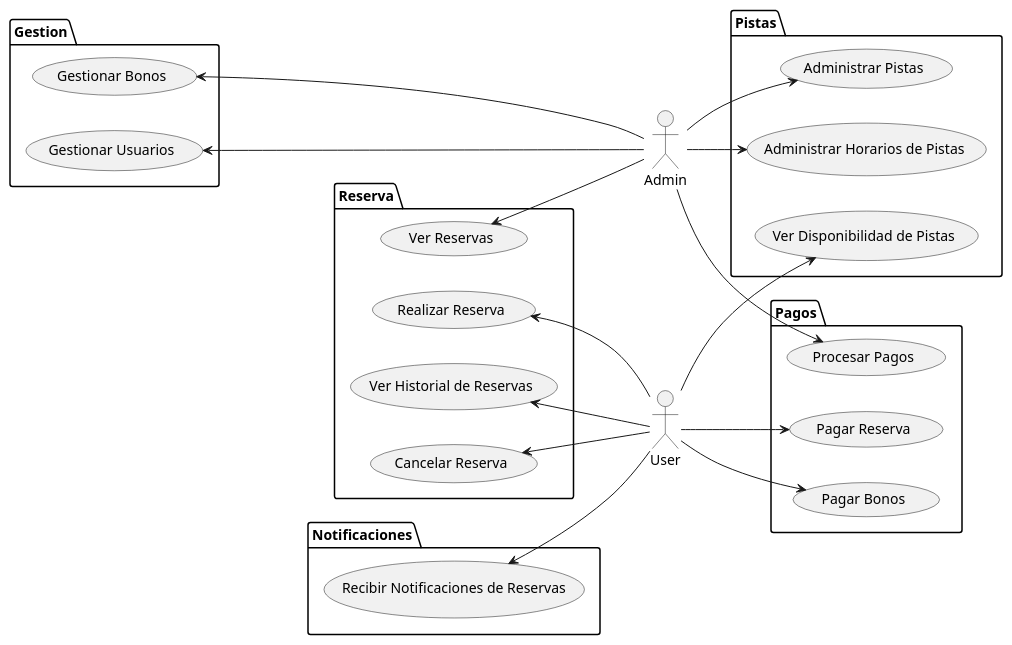
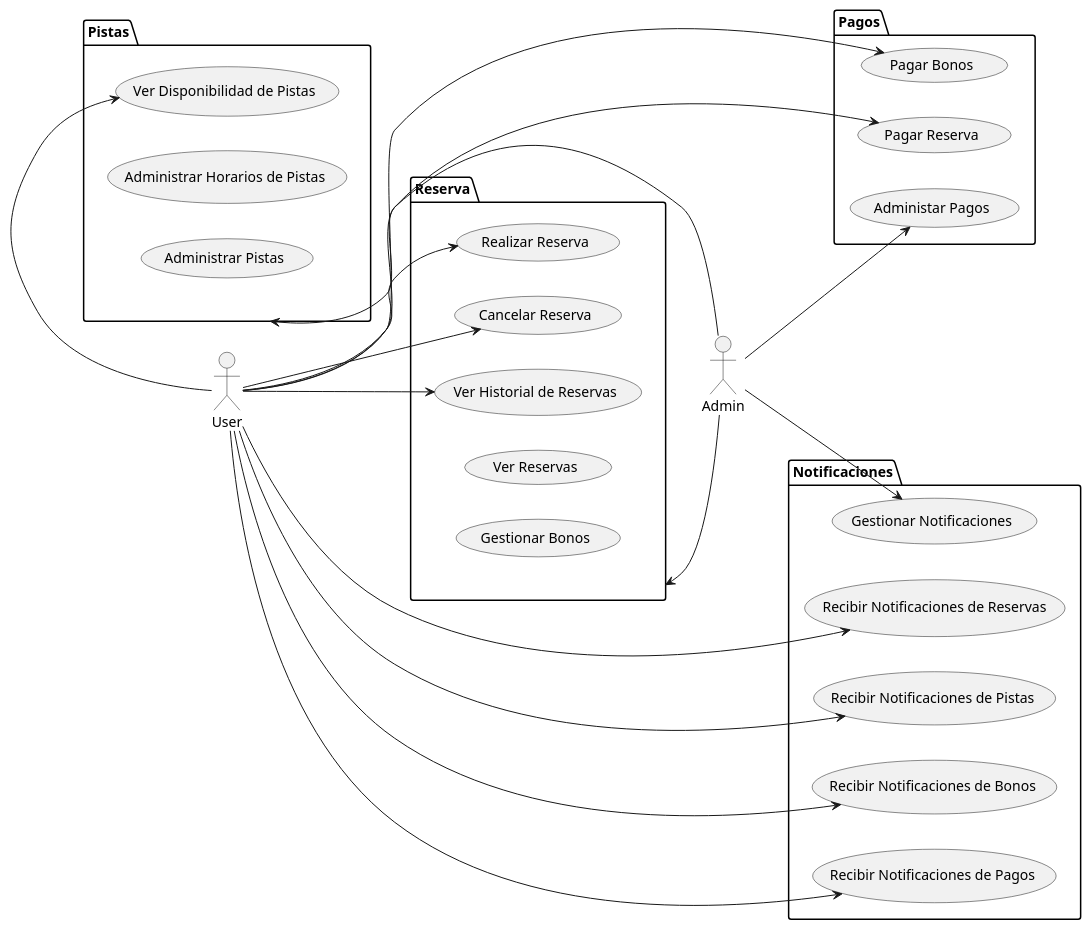
The diagram in CasosDeUso/DiagramaDeCasosDeUso.puml (pablarce/23-24-IdSw1-SDR), drawn with PlantUML before and after one commit. The commit also changed 1 other file, not shown here.

```diff
--- a/CasosDeUso/DiagramaDeCasosDeUso.puml
+++ b/CasosDeUso/DiagramaDeCasosDeUso.puml
@@ -1,64 +1,61 @@
 @startuml ReservasDePistasDePadel
 
 left to right direction
 actor User as U
 actor Admin as A
 
 
 package Reserva{
 
     usecase "Realizar Reserva" as UC1
     usecase "Cancelar Reserva" as UC2
+    usecase "Ver Historial de Reservas" as UC9
     usecase "Ver Reservas" as UC5
-    usecase "Ver Historial de Reservas" as UC9
+    usecase "Gestionar Bonos" as UC11
 }
 
 package Pistas {
 
-    usecase "Ver Disponibilidad de Pistas" as UC3
     usecase "Administrar Horarios de Pistas" as UC10
     usecase "Administrar Pistas" as UC15
-
-}
-
-package Gestion{
-
-
-    usecase "Gestionar Usuarios" as UC6
-    usecase "Gestionar Bonos" as UC11
-
-
+    usecase "Ver Disponibilidad de Pistas" as UC3
 }
 
 package Pagos{
 
     usecase "Pagar Reserva" as UC13
     usecase "Pagar Bonos" as UC14
-    usecase "Procesar Pagos" as UC12
+    usecase "Administar Pagos" as UC12
 
 }
 
 package Notificaciones{
 
    usecase "Recibir Notificaciones de Reservas" as UC8
+   usecase "Recibir Notificaciones de Bonos" as UC4
+   usecase "Recibir Notificaciones de Pagos" as UC16
+   usecase "Recibir Notificaciones de Pistas" as UC17
+   usecase "Gestionar Notificaciones" as UC7
  
 }
 
 
-A --> UC15
-A -up-> UC5
-A -up---> UC6
-A --> UC10
-A -left-> UC11
+A-up-> Reserva
+A -up-> Pistas
+
 A --> UC12
+A -down->UC7
 
-U -up-> UC1
-U -up-> UC2
-U --> UC3
-U -up-> UC8
-U -up-> UC9
+U --> UC1
+U --> UC2
+U -left-> UC3
+U --> UC9
 U --> UC13
 U --> UC14
 
+U-->UC8
+U-->UC4
+U-->UC16
+U-->UC17
 
 @enduml
```
